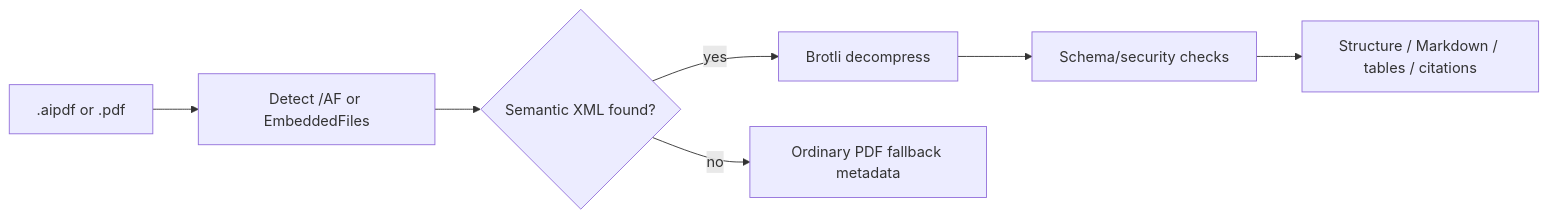
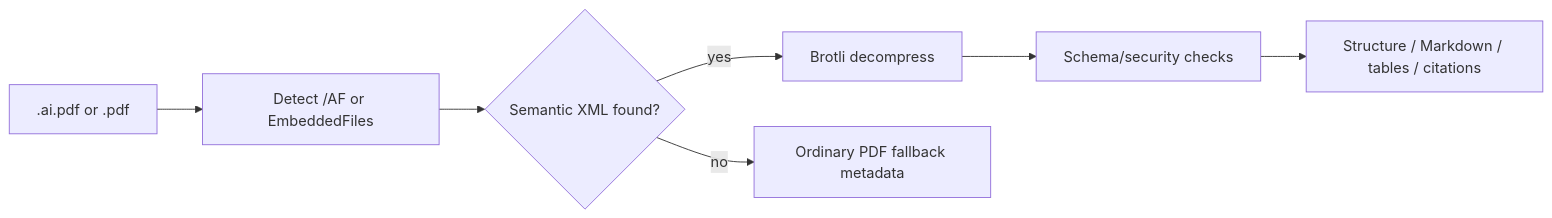
One commit to tanmaysheoran/ai.pdf changed the second of 2 diagrams in docs/diagrams/architecture.md. Above: the diagram before and after it, drawn with Mermaid. The commit also changed other lines of this file and 19 other files, not shown here.

Commit message:
chore: rename file extension from .aipdf to .ai.pdf throughout codebase and documentation

````diff
--- a/docs/diagrams/architecture.md
+++ b/docs/diagrams/architecture.md
@@ -18,9 +18,9 @@
 ```mermaid
 flowchart LR
-  File[".aipdf or .pdf"] --> Detect["Detect /AF or EmbeddedFiles"]
+  File[".ai.pdf or .pdf"] --> Detect["Detect /AF or EmbeddedFiles"]
   Detect --> HasSemantic{"Semantic XML found?"}
   HasSemantic -->|yes| Decompress["Brotli decompress"]
   Decompress --> Validate["Schema/security checks"]
   Validate --> API["Structure / Markdown / tables / citations"]
   HasSemantic -->|no| Fallback["Ordinary PDF fallback metadata"]
 ```
````
